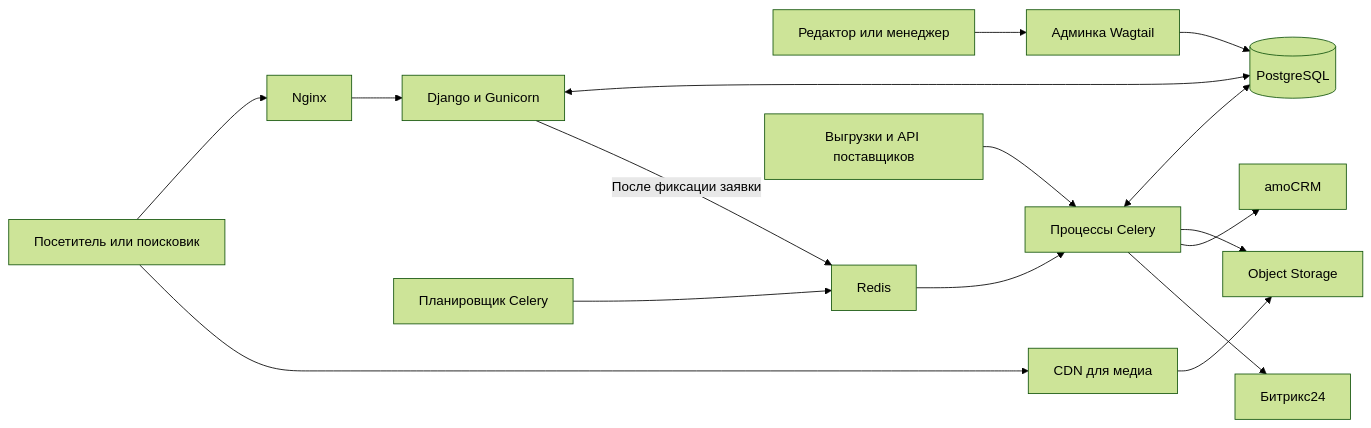
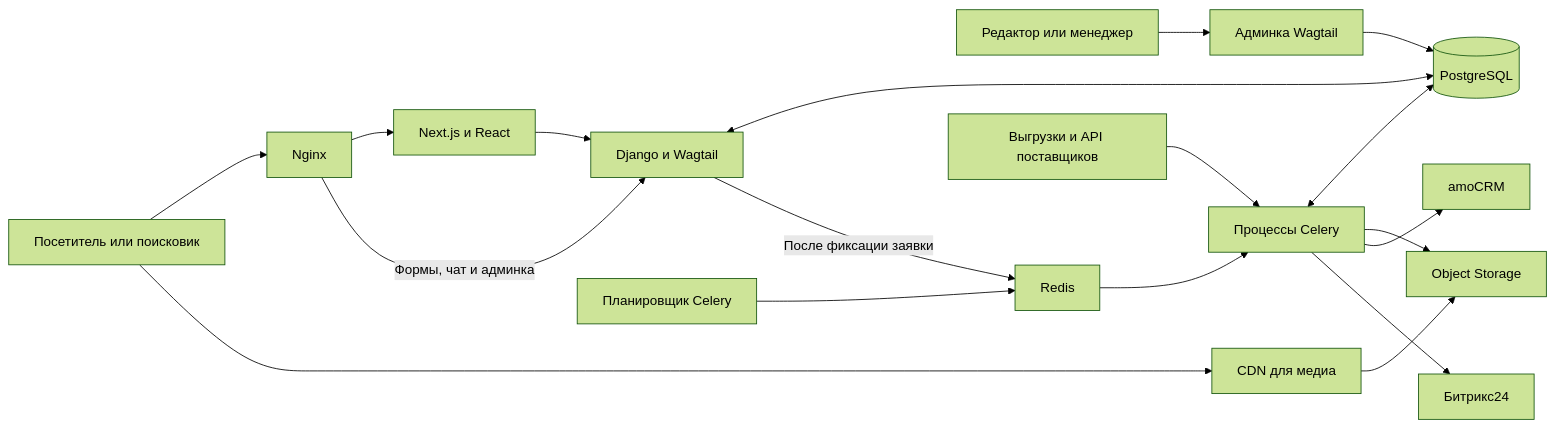
One commit to VSELEZNEV54/maxgroup changed the diagram in docs/stack.md. Above: the diagram before and after it, drawn with Mermaid (forest theme). The commit also changed other lines of this file and 140 other files, not shown here.

````diff
--- a/docs/stack.md
+++ b/docs/stack.md
@@ -20,15 +30,16 @@
 ```mermaid
 flowchart LR
-  visitor["Посетитель или поисковик"] --> nginx["Nginx"] --> web["Django и Gunicorn"]
+  visitor["Посетитель или поисковик"] --> nginx["Nginx"] --> nextjs["Next.js и React"] --> web["Django и Wagtail"]
+  nginx -->|Формы, чат и админка| web
   editor["Редактор или менеджер"] --> admin["Админка Wagtail"]
   admin --> db[("PostgreSQL")]
   web <--> db
   visitor --> cdn["CDN для медиа"] --> files["Object Storage"]
   beat["Планировщик Celery"] --> queue["Redis"] --> worker["Процессы Celery"]
   web -->|После фиксации заявки| queue
   worker <--> db
   feed["Выгрузки и API поставщиков"] --> worker
   worker --> files
   worker --> amo["amoCRM"]
   worker --> bitrix["Битрикс24"]
 ```
````
